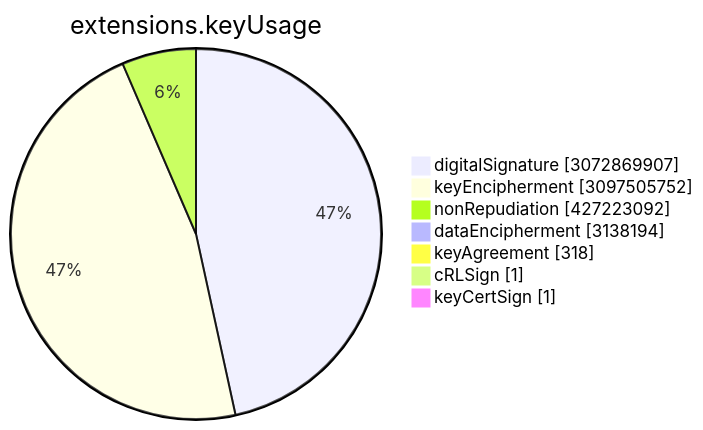
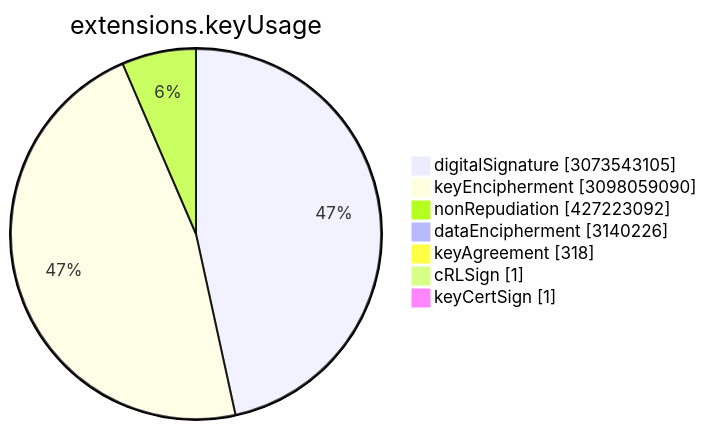
Before and after one commit to christiankrug/ctmonitor_visualization: the sixth of 15 diagrams in TOTAL/README.md, drawn with Mermaid. The commit also changed other lines of this file, not shown here.

````diff
--- a/TOTAL/README.md
+++ b/TOTAL/README.md
@@ -3075,11 +3075,11 @@
 ```mermaid
 pie showData
 title extensions.keyUsage
-"digitalSignature" :3072869907
-"keyEncipherment" :3097505752
+"digitalSignature" :3073543105
+"keyEncipherment" :3098059090
 "nonRepudiation" :427223092
-"dataEncipherment" :3138194
+"dataEncipherment" :3140226
 "keyAgreement" :318
 "cRLSign" :1
 "keyCertSign" :1
 ```
````
